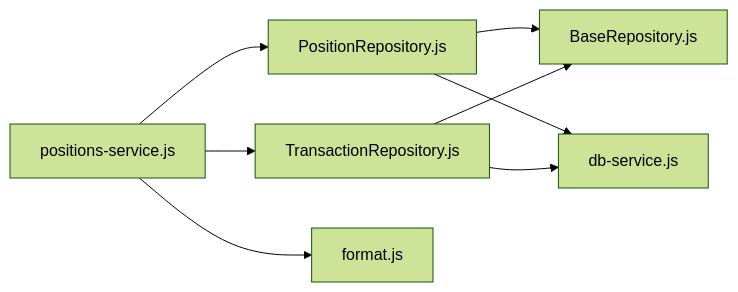
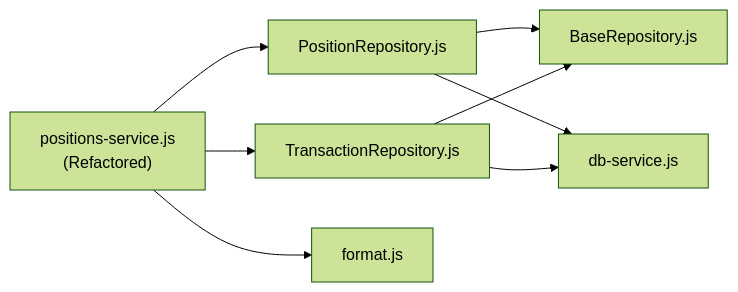
The fourth of 4 diagrams in .qoder/repowiki/en/content/Core Features/Positions Tracking/Positions Service Layer.md (iliyas77/MTF-monitor), drawn with Mermaid (forest theme) before and after one commit. The commit also changed other lines of this file and 46 other files, not shown here.

````diff
--- a/.qoder/repowiki/en/content/Core Features/Positions Tracking/Positions Service Layer.md
+++ b/.qoder/repowiki/en/content/Core Features/Positions Tracking/Positions Service Layer.md
@@ -312,10 +314,10 @@
 ```mermaid
 graph LR
-PS["positions-service.js"] --> PR["PositionRepository.js"]
+PS["positions-service.js<br/>(Refactored)"] --> PR["PositionRepository.js"]
 PS --> TR["TransactionRepository.js"]
 PR --> BR["BaseRepository.js"]
 TR --> BR
 PR --> DBS["db-service.js"]
 TR --> DBS
 PS --> FMT["format.js"]
 ```
````
